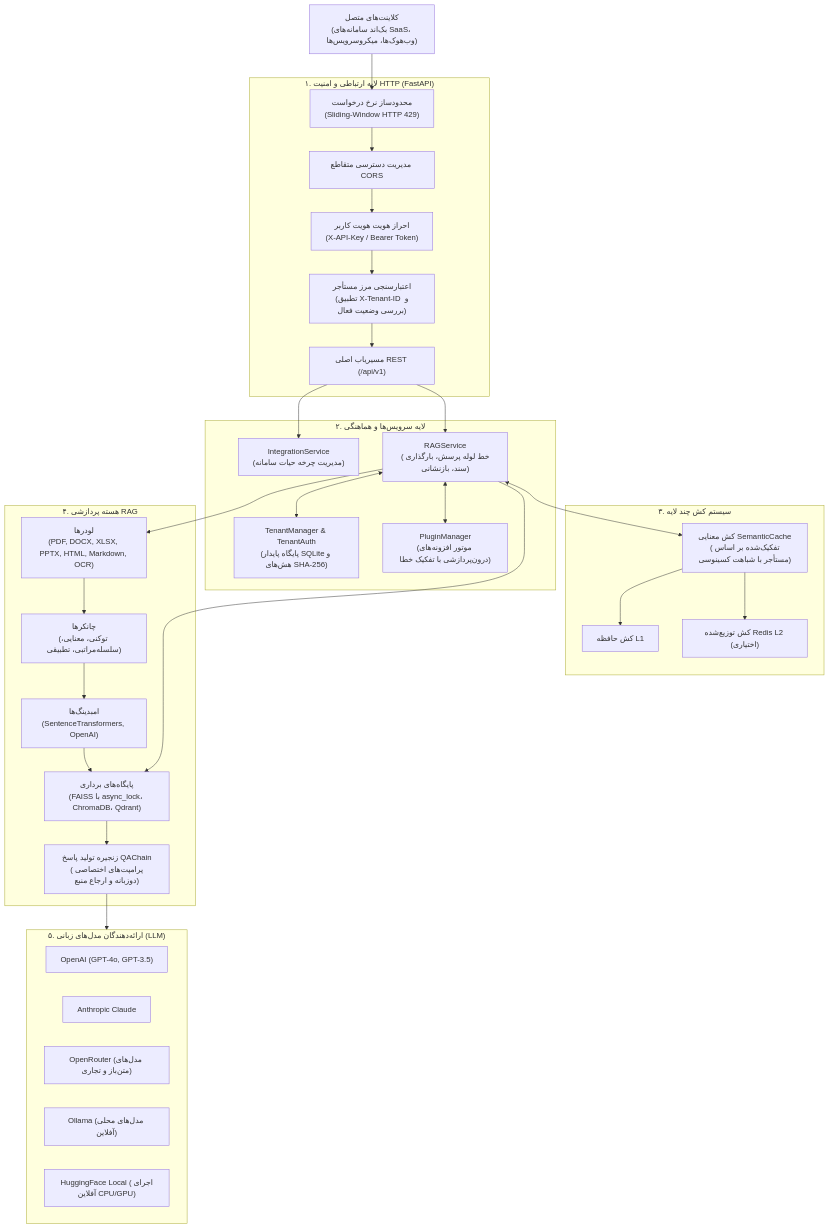
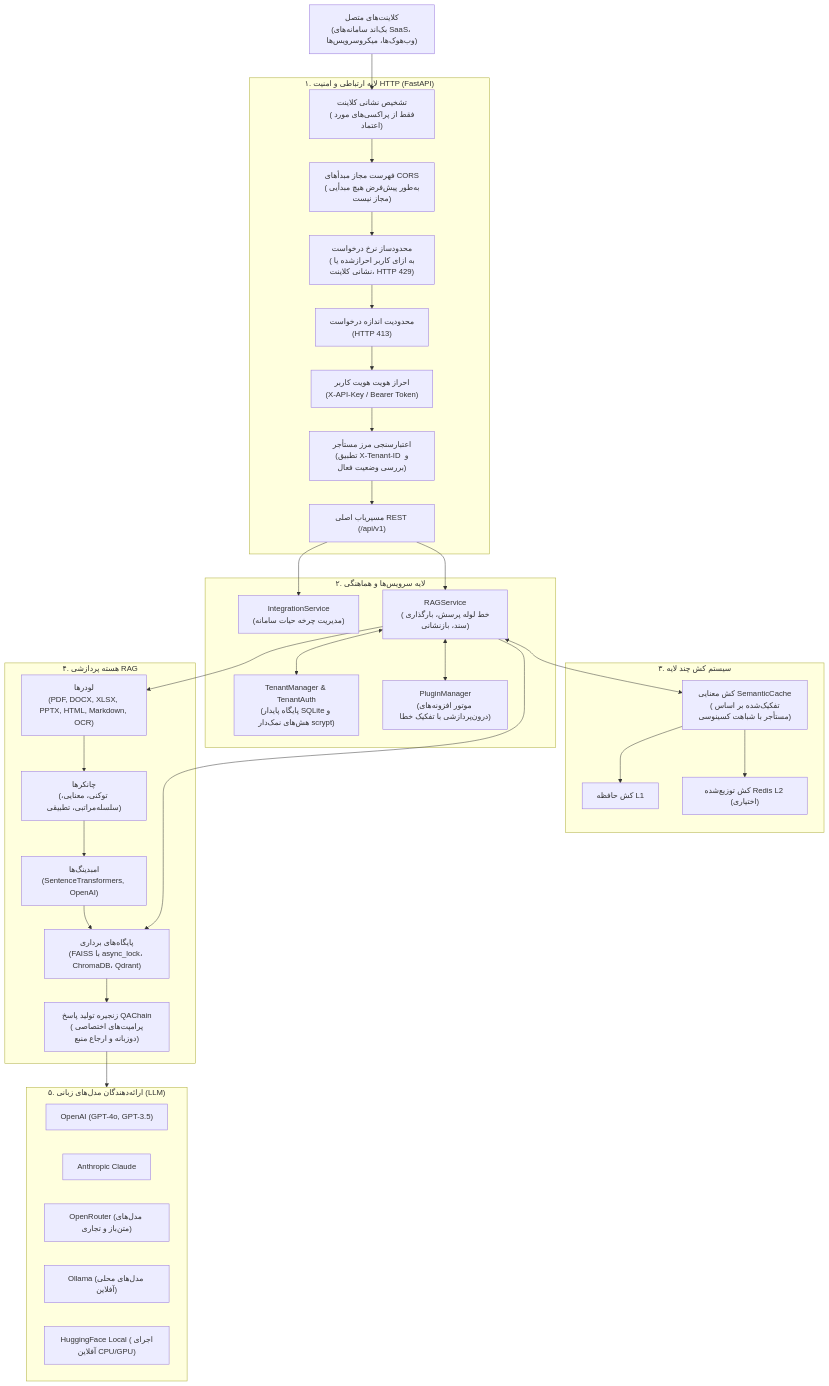
Before and after one commit to dibbed/tenant-rag: the diagram in README.fa.md, drawn with Mermaid. The commit also changed other lines of this file and 10 other files, not shown here.

````diff
--- a/README.fa.md
+++ b/README.fa.md
@@ -135,54 +135,56 @@
 ```mermaid
 flowchart TD
     Client["کلاینت‌های متصل<br/>(بک‌اند سامانه‌های SaaS، وب‌هوک‌ها، میکروسرویس‌ها)"]
 
     subgraph Transport ["۱. لایه ارتباطی و امنیت HTTP (FastAPI)"]
-        RL["محدودساز نرخ درخواست<br/>(Sliding-Window HTTP 429)"]
-        CORS["مدیریت دسترسی متقاطع CORS"]
+        RL["محدودساز نرخ درخواست<br/>(به ازای کاربر احرازشده یا نشانی کلاینت، HTTP 429)"]
+        BodyLimit["محدودیت اندازه درخواست<br/>(HTTP 413)"]
+        Proxy["تشخیص نشانی کلاینت<br/>(فقط از پراکسی‌های مورد اعتماد)"]
+        CORS["فهرست مجاز مبدأهای CORS<br/>(به‌طور پیش‌فرض هیچ مبدأیی مجاز نیست)"]
         AuthResolver["احراز هویت هویت کاربر<br/>(X-API-Key / Bearer Token)"]
         TenantBoundary["اعتبارسنجی مرز مستأجر<br/>(تطبیق X-Tenant-ID و بررسی وضعیت فعال)"]
         APIRouter["مسیریاب اصلی REST (/api/v1)"]
     end
 
     subgraph ServiceLayer ["۲. لایه سرویس‌ها و هماهنگی"]
         IntService["IntegrationService<br/>(مدیریت چرخه حیات سامانه)"]
         RAGService["RAGService<br/>(خط لوله پرسش، بارگذاری سند، بازنشانی)"]
-        TenantMgr["TenantManager & TenantAuth<br/>(پایگاه پایدار SQLite و هش‌های SHA-256)"]
+        TenantMgr["TenantManager & TenantAuth<br/>(پایگاه پایدار SQLite و هش‌های نمک‌دار scrypt)"]
         PluginMgr["PluginManager<br/>(موتور افزونه‌های درون‌پردازشی با تفکیک خطا)"]
     end
 
     subgraph CacheSystem ["۳. سیستم کش چند لایه"]
         SemanticCache["کش معنایی SemanticCache<br/>(تفکیک‌شده بر اساس مستأجر با شباهت کسینوسی)"]
         L1Cache["کش حافظه L1"]
         L2Cache["کش توزیع‌شده Redis L2 (اختیاری)"]
     end
 
     subgraph RAGCore ["۴. هسته پردازشی RAG"]
         Loaders["لودرها<br/>(PDF, DOCX, XLSX, PPTX, HTML, Markdown, OCR)"]
         Chunkers["چانکرها<br/>(توکنی، معنایی، سلسله‌مراتبی، تطبیقی)"]
         Embedders["امبدینگ‌ها<br/>(SentenceTransformers, OpenAI)"]
         Stores["پایگاه‌های برداری<br/>(FAISS با async_lock، ChromaDB، Qdrant)"]
         QAChain["زنجیره تولید پاسخ QAChain<br/>(پرامپت‌های اختصاصی دوزبانه و ارجاع منبع)"]
     end
 
     subgraph Providers ["۵. ارائه‌دهندگان مدل‌های زبانی (LLM)"]
         OpenAI["OpenAI (GPT-4o, GPT-3.5)"]
         Claude["Anthropic Claude"]
         OpenRouter["OpenRouter (مدل‌های متن‌باز و تجاری)"]
         Ollama["Ollama (مدل‌های محلی آفلاین)"]
         HFLocal["HuggingFace Local (اجرای آفلاین CPU/GPU)"]
     end
 
-    Client --> RL --> CORS --> AuthResolver --> TenantBoundary --> APIRouter
+    Client --> Proxy --> CORS --> RL --> BodyLimit --> AuthResolver --> TenantBoundary --> APIRouter
     APIRouter --> IntService
     APIRouter --> RAGService
 
     RAGService <--> PluginMgr
     RAGService <--> TenantMgr
     RAGService <--> SemanticCache
 
     RAGService --> Loaders --> Chunkers --> Embedders --> Stores
     RAGService --> Stores --> QAChain --> Providers
     SemanticCache --> L1Cache
     SemanticCache --> L2Cache
 ```
````
